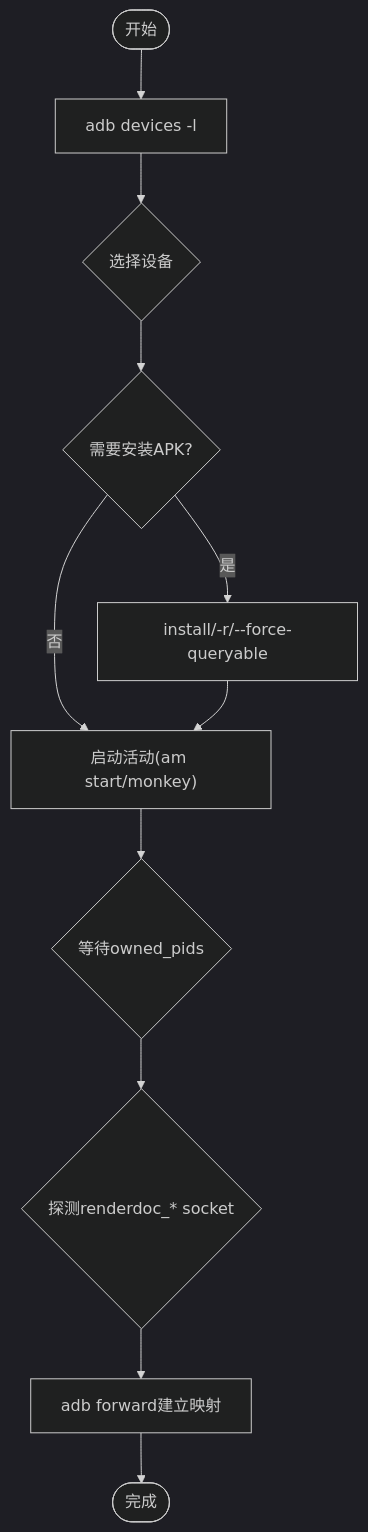
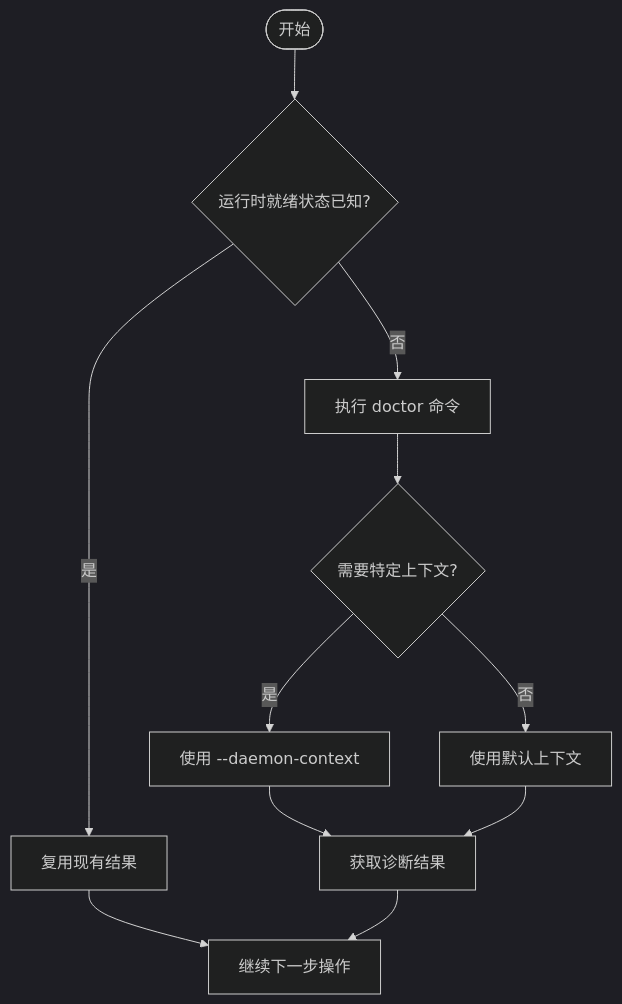
One commit to haolange/RDC-Tool changed the tenth of 13 diagrams in .qoder/repowiki/zh/content/核心概念/会话模型.md. Above: the diagram before and after it, drawn with Mermaid (dark theme). The commit also changed other lines of this file and 180 other files, not shown here.

````diff
--- a/.qoder/repowiki/zh/content/核心概念/会话模型.md
+++ b/.qoder/repowiki/zh/content/核心概念/会话模型.md
@@ -304,13 +425,13 @@
 ```mermaid
 flowchart TD
-Start(["开始"]) --> Devices["adb devices -l"]
-Devices --> Choose{"选择设备"}
-Choose --> Install{"需要安装APK?"}
-Install --> |是| APK["install/-r/--force-queryable"]
-Install --> |否| Launch["启动活动(am start/monkey)"]
-APK --> Launch
-Launch --> WaitPID{"等待owned_pids"}
-WaitPID --> Socket{"探测renderdoc_* socket"}
-Socket --> Forward["adb forward建立映射"]
-Forward --> Done(["完成"])
+Start(["开始"]) --> CheckReady{"运行时就绪状态已知?"}
+CheckReady --> |是| ReuseResult["复用现有结果"]
+CheckReady --> |否| RunDoctor["执行 doctor 命令"]
+RunDoctor --> ContextCheck{"需要特定上下文?"}
+ContextCheck --> |是| WithContext["使用 --daemon-context <id>"]
+ContextCheck --> |否| DefaultContext["使用默认上下文"]
+WithContext --> Result["获取诊断结果"]
+DefaultContext --> Result
+ReuseResult --> NextStep["继续下一步操作"]
+Result --> NextStep
 ```
````
